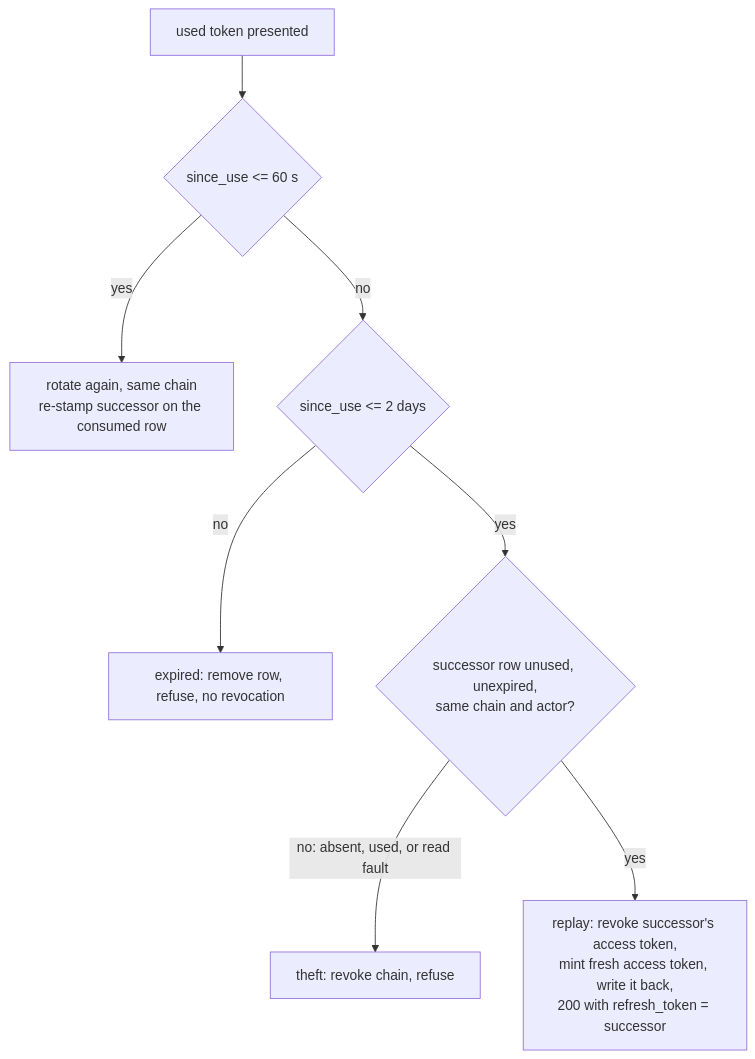
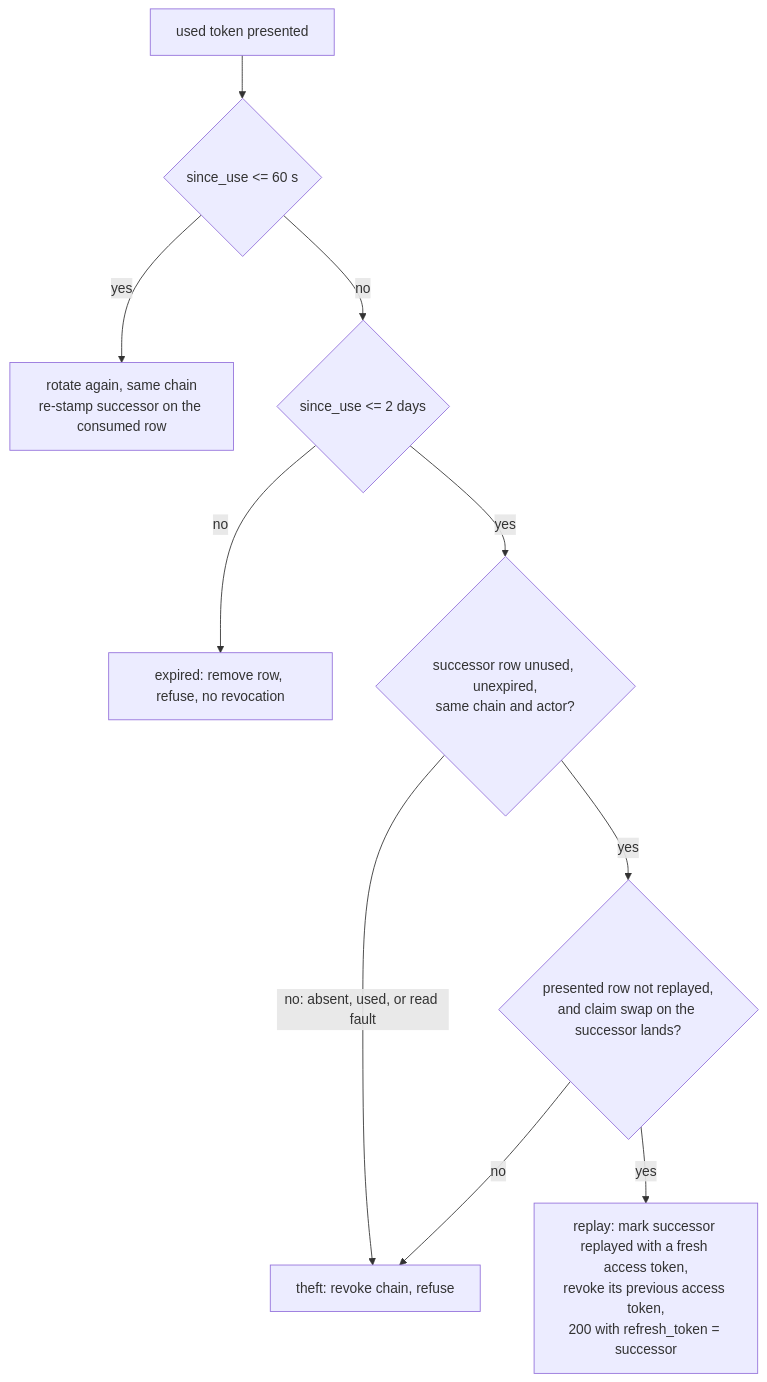
The diagram in thoughts/plans/2026-09-26-spa-refresh-reuse-after-dropped-rotation.md (actingweb/actingweb), drawn with Mermaid before and after one commit. The commit also changed other lines of this file and 3 other files, not shown here.

First line of the commit message:
Supersede the successor-replay plan with a 60 s grace setting

````diff
--- a/thoughts/plans/2026-09-26-spa-refresh-reuse-after-dropped-rotation.md
+++ b/thoughts/plans/2026-09-26-spa-refresh-reuse-after-dropped-rotation.md
@@ -175,10 +210,12 @@
 ```mermaid
 flowchart TD
     P[used token presented] --> G{since_use <= 60 s}
     G -- yes --> R[rotate again, same chain\nre-stamp successor on the consumed row]
     G -- no --> W{since_use <= 2 days}
     W -- no --> X[expired: remove row, refuse, no revocation]
     W -- yes --> S{successor row unused, unexpired,\nsame chain and actor?}
     S -- no: absent, used, or read fault --> T[theft: revoke chain, refuse]
-    S -- yes --> B[replay: revoke successor's access token,\nmint fresh access token, write it back,\n200 with refresh_token = successor]
+    S -- yes --> Q{presented row not replayed,\nand claim swap on the successor lands?}
+    Q -- no --> T
+    Q -- yes --> B[replay: mark successor replayed with a fresh access token,\nrevoke its previous access token,\n200 with refresh_token = successor]
 ```
````
